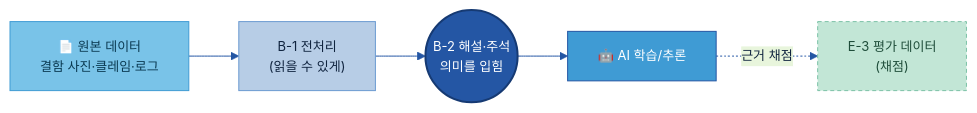
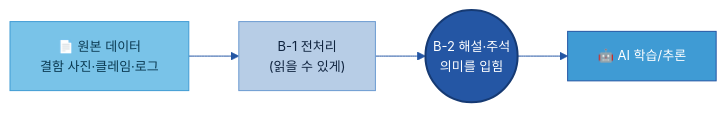
One commit to jin-kearney/ai-ready-data-manual changed the first of 8 diagrams in 가이드 작성/B-2 데이터 해설·주석/B-2 데이터 해설·주석.md. Above: the diagram before and after it, drawn with Mermaid. The commit also changed other lines of this file and 1 other file, not shown here.

````diff
--- a/가이드 작성/B-2 데이터 해설·주석/B-2 데이터 해설·주석.md
+++ b/가이드 작성/B-2 데이터 해설·주석/B-2 데이터 해설·주석.md
@@ -88,16 +84,13 @@
 ```mermaid
 %%{init: {'theme':'base','themeVariables':{'primaryColor':'#DCE8F5','primaryBorderColor':'#2456A4','primaryTextColor':'#10243f','lineColor':'#2456A4','clusterBkg':'#EEF4FB','clusterBorder':'#6B9AD1','fontSize':'13px'}}}%%
 flowchart LR
     RAW["📄 원본 데이터<br/>결함 사진·클레임·로그"]:::src
     B1["B-1 전처리<br/>(읽을 수 있게)"]:::n
     B2(("B-2 해설·주석<br/>의미를 입힘")):::cat
     AI["🤖 AI 학습/추론"]:::gate
-    E3["E-3 평가 데이터<br/>(채점)"]:::cross
     RAW --> B1 --> B2 --> AI
-    AI -.근거 채점.-> E3
     classDef n fill:#B7CDE6,stroke:#6B9AD1,color:#10243f;
     classDef src fill:#79C3E8,stroke:#3F9BD4,color:#0b3a52;
     classDef cat fill:#2456A4,color:#fff,stroke:#163a73,stroke-width:2px;
     classDef gate fill:#3F9BD4,stroke:#2456A4,color:#fff;
-    classDef cross fill:#C2E6D6,stroke:#7CC2A7,color:#1f4d3a,stroke-dasharray:4 3;
 ```
````
